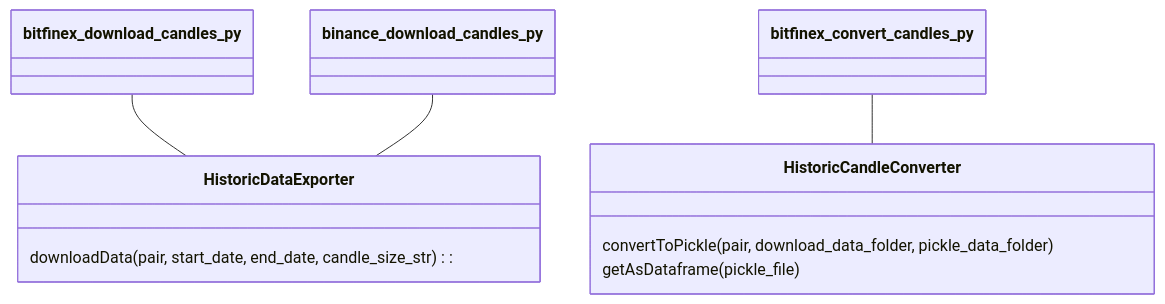
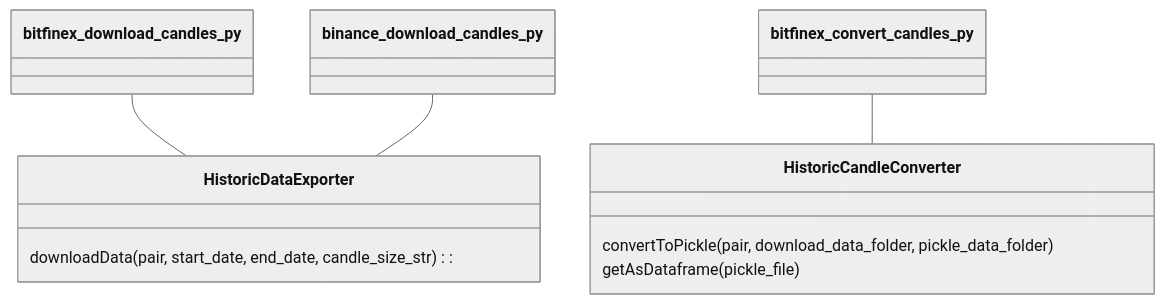
Before and after one commit to reisenmachtfreude/Crypto-CentralisedExchange-HistoricDataDownloader: the diagram in README.md, drawn with Mermaid.

````diff
--- a/README.md
+++ b/README.md
@@ -17,26 +17,27 @@
 ```mermaid
+%%{init: {'theme': 'neutral' } }%%
 classDiagram
     class bitfinex_download_candles_py{
 
     }
     bitfinex_download_candles_py -- HistoricDataExporter
 
     class binance_download_candles_py{
 
     }
     binance_download_candles_py -- HistoricDataExporter
     
     class HistoricDataExporter{
       downloadData(pair, start_date, end_date, candle_size_str):
     }
 
     
     class bitfinex_convert_candles_py{
 
     }
     bitfinex_convert_candles_py -- HistoricCandleConverter
     class HistoricCandleConverter{
         convertToPickle(pair, download_data_folder, pickle_data_folder)
         getAsDataframe(pickle_file)
     }	
 ```
````
